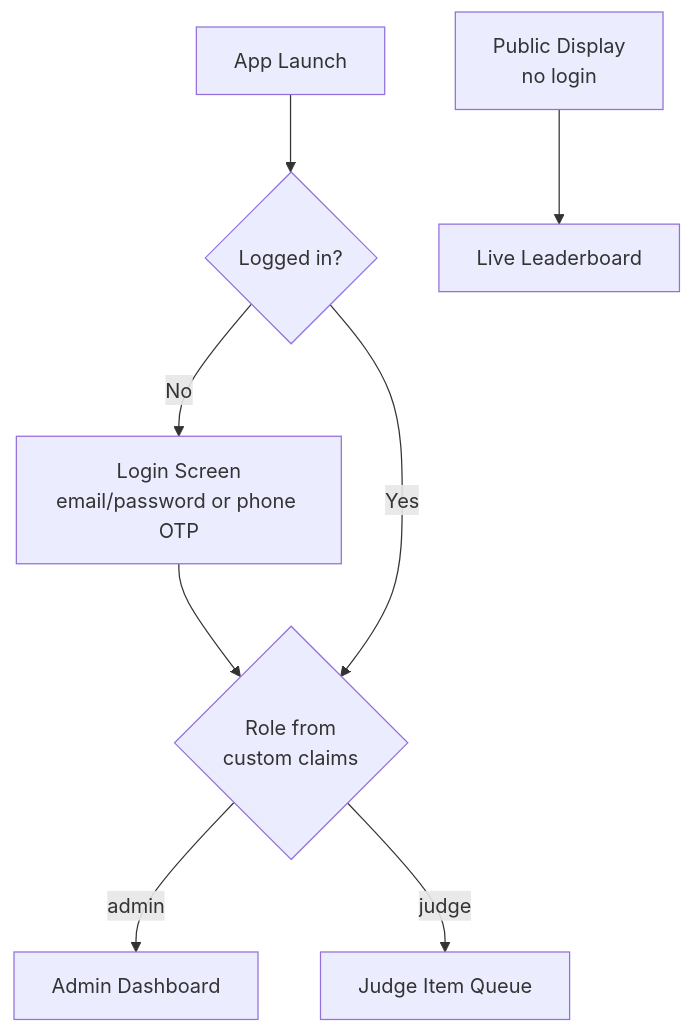
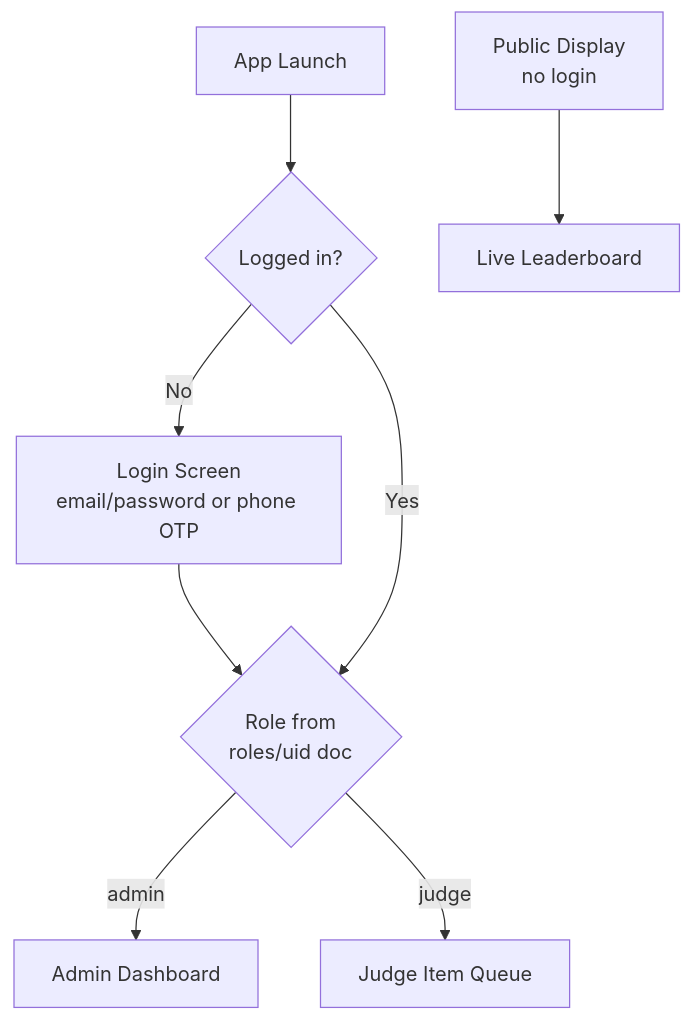
Before and after one commit to abbaspirg/TodoList: the first of 4 diagrams in docs/UI_UX_WORKFLOW.md, drawn with Mermaid. The commit also changed other lines of this file and 40 other files, not shown here.

````diff
--- a/docs/UI_UX_WORKFLOW.md
+++ b/docs/UI_UX_WORKFLOW.md
@@ -5,10 +5,10 @@
 ```mermaid
 flowchart TD
     A[App Launch] --> B{Logged in?}
     B -- No --> C[Login Screen<br/>email/password or phone OTP]
-    C --> D{Role from<br/>custom claims}
+    C --> D{Role from<br/>roles/uid doc}
     B -- Yes --> D
     D -- admin --> E[Admin Dashboard]
     D -- judge --> F[Judge Item Queue]
     G[Public Display<br/>no login] --> H[Live Leaderboard]
 ```
````
